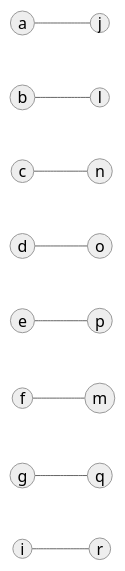
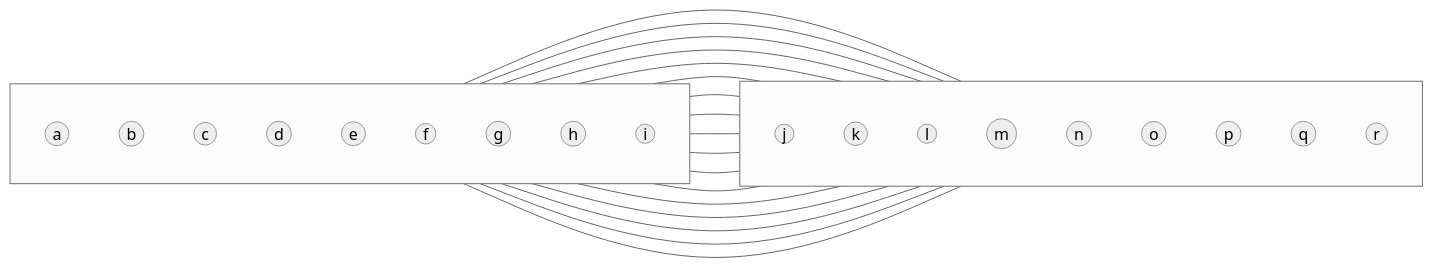
One commit to Arictronic/Testbag changed the ninth of 10 diagrams in Readme.Md. Above: the diagram before and after it, drawn with Mermaid (neutral theme). The commit also changed other lines of this file, not shown here.

````diff
--- a/Readme.Md
+++ b/Readme.Md
@@ -346,12 +360,54 @@
 ```mermaid
 graph LR
-%% Левая доля
-a((a)) --- j((j))
-b((b)) --- l((l))
-c((c)) --- n((n))
-d((d)) --- o((o))
-e((e)) --- p((p))
-f((f)) --- m((m))
-g((g)) --- q((q))
-i((i)) --- r((r))
+subgraph L[ ]
+direction TB
+a((a))
+b((b))
+c((c))
+d((d))
+e((e))
+f((f))
+g((g))
+h((h))
+i((i))
+end
+
+subgraph R[ ]
+direction TB
+j((j))
+k((k))
+l((l))
+m((m))
+n((n))
+o((o))
+p((p))
+q((q))
+r((r))
+end
+
+a --- j
+a --- k
+a --- m
+a --- n
+
+b --- l
+b --- n
+b --- o
+b --- r
+
+c --- n
+c --- o
+c --- p
+
+d --- p
+
+e --- q
+
+f --- r
+
+g --- q
+
+h --- r
+
+i --- r
 ```
````
